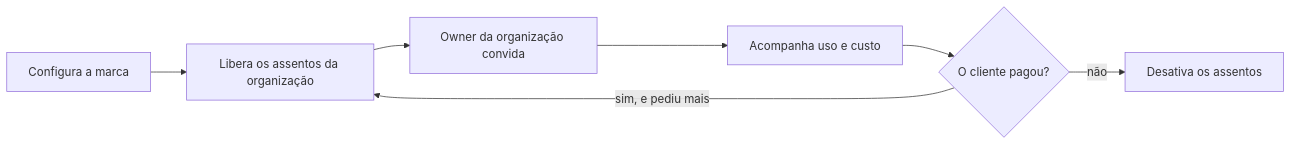
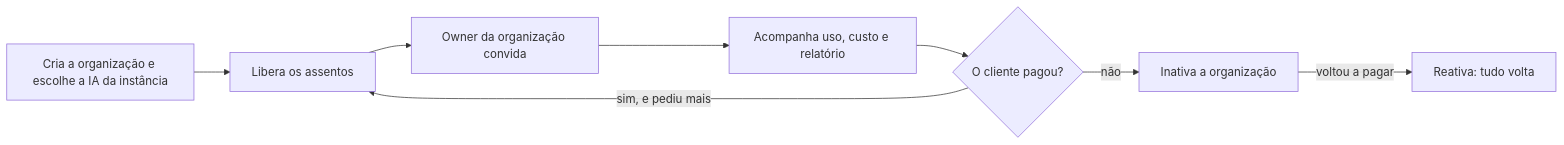
The diagram in docs/leitura/mfs/mf-101-administracao-da-instancia.md (fabioabr/horus-v2-docs), drawn with Mermaid before and after one commit. The commit also changed other lines of this file and 25 other files, not shown here.

````diff
--- a/docs/leitura/mfs/mf-101-administracao-da-instancia.md
+++ b/docs/leitura/mfs/mf-101-administracao-da-instancia.md
@@ -85,9 +114,10 @@
 ```mermaid
 flowchart LR
-  a[Configura a marca] --> b[Libera os assentos da organização]
+  a[Cria a organização e escolhe a IA da instância] --> b[Libera os assentos]
   b --> c[Owner da organização convida]
-  c --> d[Acompanha uso e custo]
+  c --> d[Acompanha uso, custo e relatório]
   d --> e{O cliente pagou?}
   e -->|sim, e pediu mais| b
-  e -->|não| f[Desativa os assentos]
+  e -->|não| f[Inativa a organização]
+  f -->|voltou a pagar| g[Reativa: tudo volta]
 ```
````
